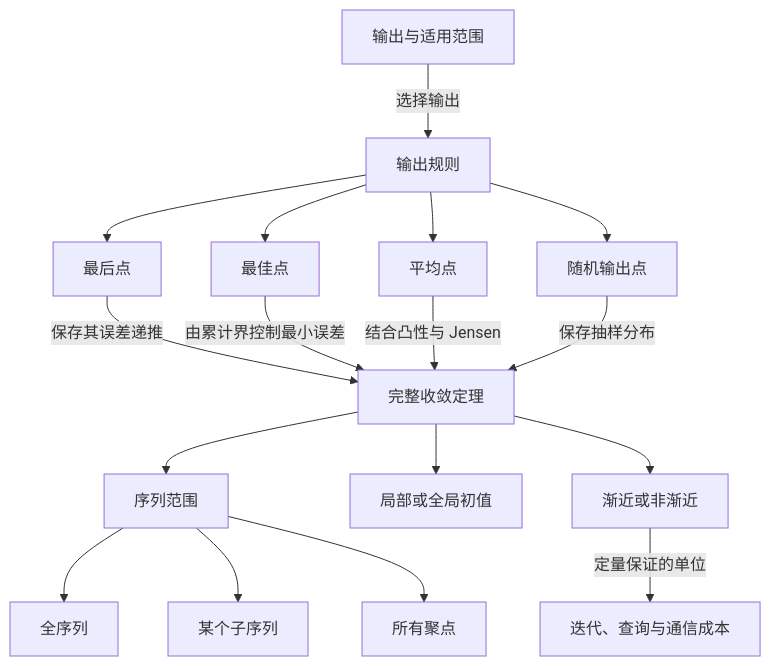
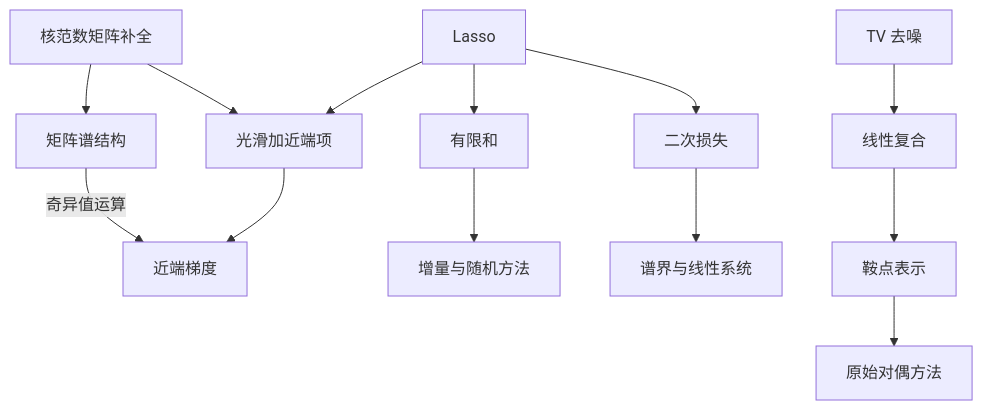
The second of 5 diagrams in _posts/2026-11-14-optimization-convergence-map.zh-CN.md (ConanXu-math/conanxu-math.github.io), drawn with Mermaid before and after one commit. The commit also changed other lines of this file and 5 other files, not shown here.

````diff
--- a/_posts/2026-11-14-optimization-convergence-map.zh-CN.md
+++ b/_posts/2026-11-14-optimization-convergence-map.zh-CN.md
@@ -2038,19 +88,15 @@
 ```mermaid
 flowchart TD
-  map_outputs["输出与适用范围"] -->|选择输出| output_rule["输出规则"]
-  output_rule --> out_last["最后点"]
-  output_rule --> out_best["最佳点"]
-  output_rule --> out_average["平均点"]
-  output_rule --> out_random["随机输出点"]
-  out_last -->|保存其误差递推| theorem_record["完整收敛定理"]
-  out_best -->|由累计界控制最小误差| theorem_record
-  out_average -->|结合凸性与 Jensen| theorem_record
-  out_random -->|保存抽样分布| theorem_record
-  theorem_record --> scope_sequence["序列范围"]
-  theorem_record --> scope_region["局部或全局初值"]
-  theorem_record --> scope_time["渐近或非渐近"]
-  scope_sequence --> scope_full["全序列"]
-  scope_sequence --> scope_subsequence["某个子序列"]
-  scope_sequence --> scope_clusters["所有聚点"]
-  scope_time -->|定量保证的单位| cost_units["迭代、查询与通信成本"]
+  L["Lasso"] --> C["光滑加近端项"]
+  L --> F["有限和"]
+  L --> Q["二次损失"]
+  T["TV 去噪"] --> K["线性复合"]
+  M["核范数矩阵补全"] --> C
+  M --> R["矩阵谱结构"]
+  C --> P["近端梯度"]
+  F --> V["增量与随机方法"]
+  Q --> H["谱界与线性系统"]
+  K --> S["鞍点表示"]
+  S --> D["原始对偶方法"]
+  R -->|奇异值运算| P
 ```
````
